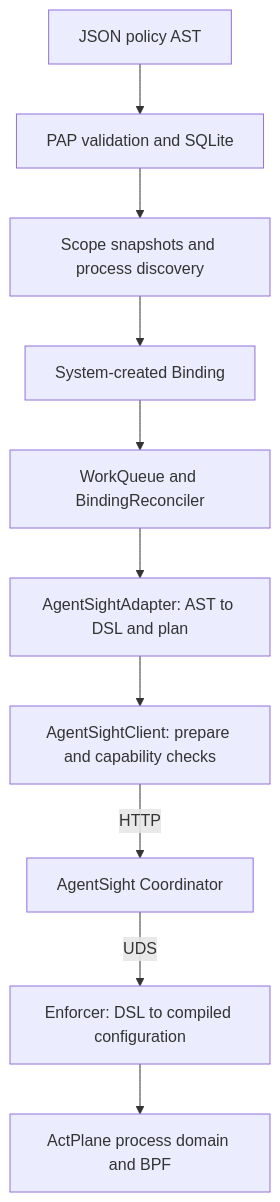
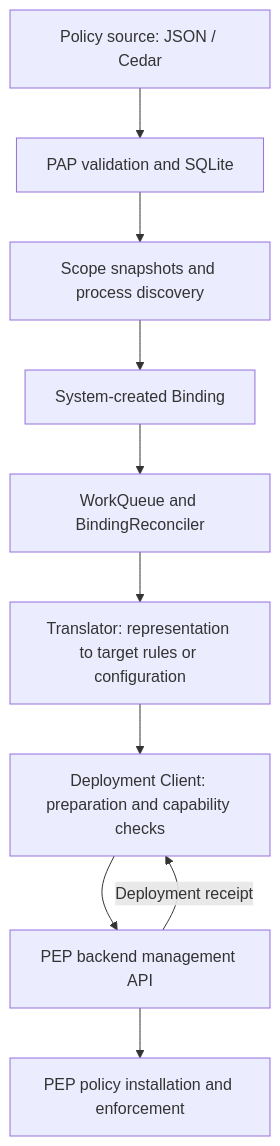
One commit to agentic-os-org/ANOLISA changed the diagram in src/agent-sec-core/docs/design/POLICY_FRONTEND_AST_AND_TRANSLATION.md. Above: the diagram before and after it, drawn with Mermaid. The commit also changed other lines of this file and 11 other files, not shown here.

````diff
--- a/src/agent-sec-core/docs/design/POLICY_FRONTEND_AST_AND_TRANSLATION.md
+++ b/src/agent-sec-core/docs/design/POLICY_FRONTEND_AST_AND_TRANSLATION.md
@@ -189,12 +171,12 @@
 ```mermaid
 flowchart TD
-    A[JSON policy AST] --> B[PAP validation and SQLite]
+    A[Policy source: JSON / Cedar] --> B[PAP validation and SQLite]
     B --> C[Scope snapshots and process discovery]
     C --> D[System-created Binding]
     D --> E[WorkQueue and BindingReconciler]
-    E --> F[AgentSightAdapter: AST to DSL and plan]
-    F --> G[AgentSightClient: prepare and capability checks]
-    G -->|HTTP| H[AgentSight Coordinator]
-    H -->|UDS| I[Enforcer: DSL to compiled configuration]
-    I --> J[ActPlane process domain and BPF]
+    E --> F[Translator: representation to target rules or configuration]
+    F --> G[Deployment Client: preparation and capability checks]
+    G --> H[PEP backend management API]
+    H --> I[PEP policy installation and enforcement]
+    H -->|Deployment receipt| G
 ```
````
